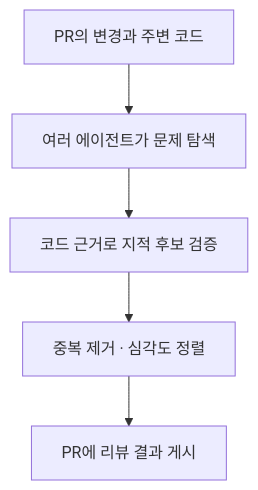
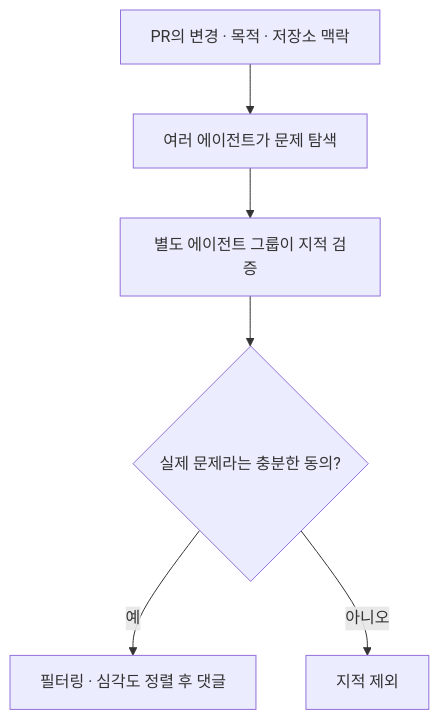
The first of 3 diagrams in _posts/2026-10-19-how-anthropic-reviews-ai-generated-code.md (haandol/haandol.github.com), drawn with Mermaid before and after one commit. The commit also changed other lines of this file and 1 other file, not shown here.

````diff
--- a/_posts/2026-10-19-how-anthropic-reviews-ai-generated-code.md
+++ b/_posts/2026-10-19-how-anthropic-reviews-ai-generated-code.md
@@ -49,7 +64,8 @@
 ```mermaid
 flowchart TD
-    A["PR의 변경과 주변 코드"] --> B["여러 에이전트가 문제 탐색"]
-    B --> C["코드 근거로 지적 후보 검증"]
-    C --> D["중복 제거 · 심각도 정렬"]
-    D --> E["PR에 리뷰 결과 게시"]
+    A["PR의 변경 · 목적 · 저장소 맥락"] --> B["여러 에이전트가 문제 탐색"]
+    B --> C["별도 에이전트 그룹이 지적 검증"]
+    C --> D{"실제 문제라는 충분한 동의?"}
+    D -->|예| E["필터링 · 심각도 정렬 후 댓글"]
+    D -->|아니오| F["지적 제외"]
 ```
````
